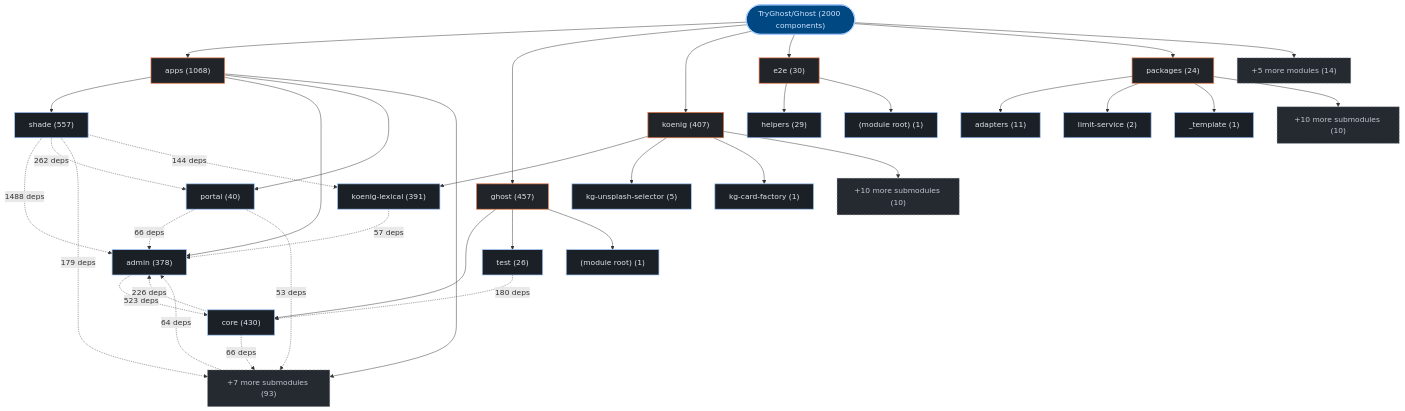
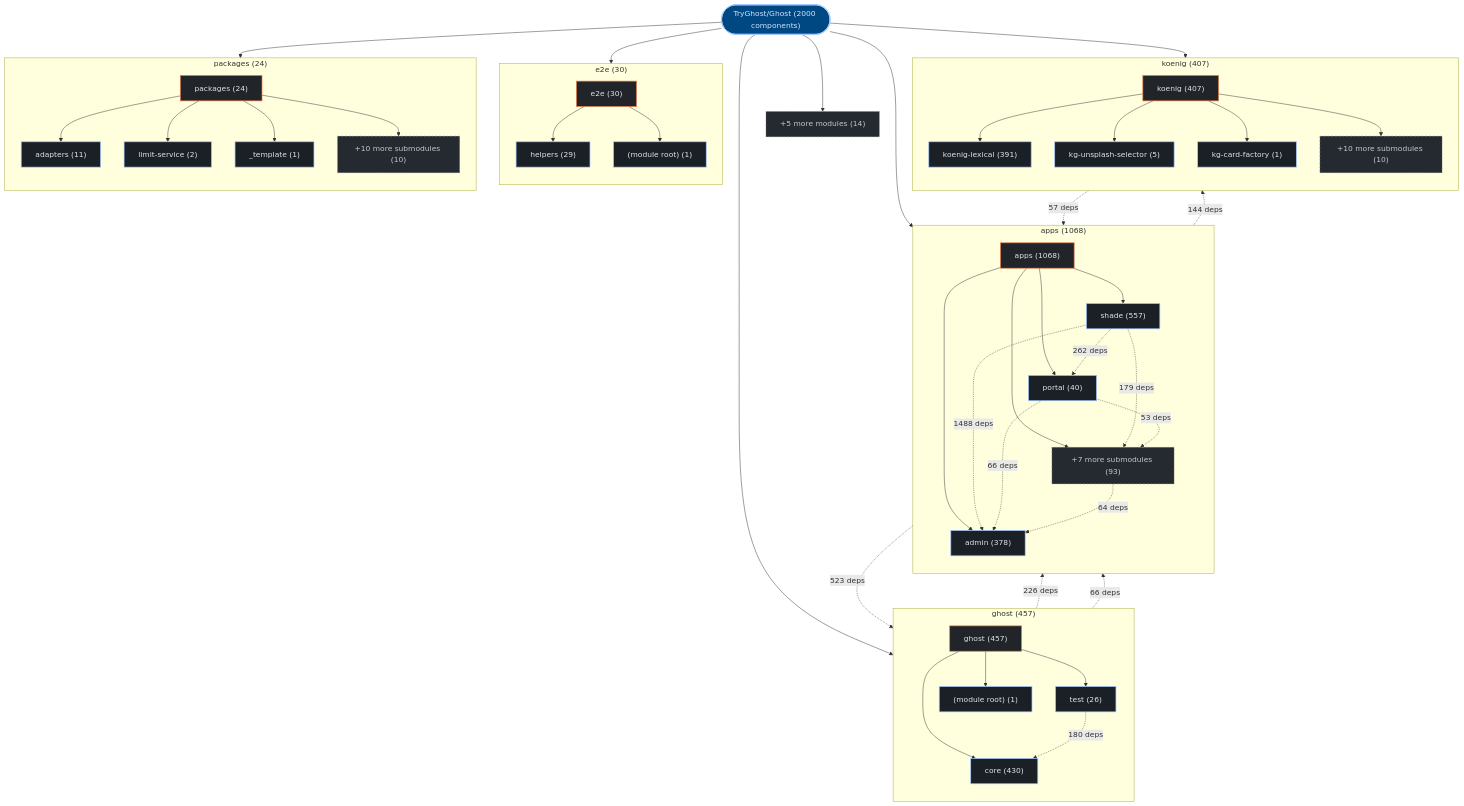
One commit to kumarshaz/atruss-code-atlas changed the first of 3 diagrams in exports/latest/reports/TryGhost-Ghost-report.md. Above: the diagram before and after it, drawn with Mermaid. The commit also changed 178 other files, not shown here.

Commit message:
feat(ui,mermaid): upgrade to mermaid v12 + ELK layout, add orgs-summary + pagination, subgraph building blocks, fix tab alignment

```diff
--- a/exports/latest/reports/TryGhost-Ghost-report.md
+++ b/exports/latest/reports/TryGhost-Ghost-report.md
@@ -49,50 +49,65 @@
   classDef atlasAlert fill:#93000a,stroke:#ffb4ab,stroke-width:1.5px,color:#ffdad6
   classDef atlasMore fill:#252a31,stroke:#8d9199,stroke-dasharray:4 4,color:#c3c6cf
     repo_root(["TryGhost/Ghost (2000 components)"]):::atlasRoot
-    dir_0_apps["apps (1068)"]:::atlasCategory
+    subgraph sg_dir_0_apps["apps (1068)"]
+      direction TB
+      dir_0_apps["apps (1068)"]:::atlasCategory
+      sub_0_0_shade["shade (557)"]:::atlasWorkflow
+      dir_0_apps --> sub_0_0_shade
+      sub_0_1_admin["admin (378)"]:::atlasWorkflow
+      dir_0_apps --> sub_0_1_admin
+      sub_0_2_portal["portal (40)"]:::atlasWorkflow
+      dir_0_apps --> sub_0_2_portal
+      sub_0_more["+7 more submodules (93)"]:::atlasMore
+      dir_0_apps --> sub_0_more
+    end
     repo_root --> dir_0_apps
-    sub_0_0_shade["shade (557)"]:::atlasWorkflow
-    dir_0_apps --> sub_0_0_shade
-    sub_0_1_admin["admin (378)"]:::atlasWorkflow
-    dir_0_apps --> sub_0_1_admin
-    sub_0_2_portal["portal (40)"]:::atlasWorkflow
-    dir_0_apps --> sub_0_2_portal
-    sub_0_more["+7 more submodules (93)"]:::atlasMore
-    dir_0_apps --> sub_0_more
-    dir_1_ghost["ghost (457)"]:::atlasCategory
+    subgraph sg_dir_1_ghost["ghost (457)"]
+      direction TB
+      dir_1_ghost["ghost (457)"]:::atlasCategory
+      sub_1_0_core["core (430)"]:::atlasWorkflow
+      dir_1_ghost --> sub_1_0_core
+      sub_1_1_test["test (26)"]:::atlasWorkflow
+      dir_1_ghost --> sub_1_1_test
+      sub_1_2__module_root_["(module root) (1)"]:::atlasWorkflow
+      dir_1_ghost --> sub_1_2__module_root_
+    end
     repo_root --> dir_1_ghost
-    sub_1_0_core["core (430)"]:::atlasWorkflow
-    dir_1_ghost --> sub_1_0_core
-    sub_1_1_test["test (26)"]:::atlasWorkflow
-    dir_1_ghost --> sub_1_1_test
-    sub_1_2__module_root_["(module root) (1)"]:::atlasWorkflow
-    dir_1_ghost --> sub_1_2__module_root_
-    dir_2_koenig["koenig (407)"]:::atlasCategory
+    subgraph sg_dir_2_koenig["koenig (407)"]
+      direction TB
+      dir_2_koenig["koenig (407)"]:::atlasCategory
+      sub_2_0_koenig_lexical["koenig-lexical (391)"]:::atlasWorkflow
+      dir_2_koenig --> sub_2_0_koenig_lexical
+      sub_2_1_kg_unsplash_selector["kg-unsplash-selector (5)"]:::atlasWorkflow
+      dir_2_koenig --> sub_2_1_kg_unsplash_selector
+      sub_2_2_kg_card_factory["kg-card-factory (1)"]:::atlasWorkflow
+      dir_2_koenig --> sub_2_2_kg_card_factory
+      sub_2_more["+10 more submodules (10)"]:::atlasMore
+      dir_2_koenig --> sub_2_more
+    end
     repo_root --> dir_2_koenig
-    sub_2_0_koenig_lexical["koenig-lexical (391)"]:::atlasWorkflow
-    dir_2_koenig --> sub_2_0_koenig_lexical
-    sub_2_1_kg_unsplash_selector["kg-unsplash-selector (5)"]:::atlasWorkflow
-    dir_2_koenig --> sub_2_1_kg_unsplash_selector
-    sub_2_2_kg_card_factory["kg-card-factory (1)"]:::atlasWorkflow
-    dir_2_koenig --> sub_2_2_kg_card_factory
-    sub_2_more["+10 more submodules (10)"]:::atlasMore
-    dir_2_koenig --> sub_2_more
-    dir_3_e2e["e2e (30)"]:::atlasCategory
+    subgraph sg_dir_3_e2e["e2e (30)"]
+      direction TB
+      dir_3_e2e["e2e (30)"]:::atlasCategory
+      sub_3_0_helpers["helpers (29)"]:::atlasWorkflow
+      dir_3_e2e --> sub_3_0_helpers
+      sub_3_1__module_root_["(module root) (1)"]:::atlasWorkflow
+      dir_3_e2e --> sub_3_1__module_root_
+    end
     repo_root --> dir_3_e2e
-    sub_3_0_helpers["helpers (29)"]:::atlasWorkflow
-    dir_3_e2e --> sub_3_0_helpers
-    sub_3_1__module_root_["(module root) (1)"]:::atlasWorkflow
-    dir_3_e2e --> sub_3_1__module_root_
-    dir_4_packages["packages (24)"]:::atlasCategory
+    subgraph sg_dir_4_packages["packages (24)"]
+      direction TB
+      dir_4_packages["packages (24)"]:::atlasCategory
+      sub_4_0_adapters["adapters (11)"]:::atlasWorkflow
+      dir_4_packages --> sub_4_0_adapters
+      sub_4_1_limit_service["limit-service (2)"]:::atlasWorkflow
+      dir_4_packages --> sub_4_1_limit_service
+      sub_4_2__template["_template (1)"]:::atlasWorkflow
+      dir_4_packages --> sub_4_2__template
+      sub_4_more["+10 more submodules (10)"]:::atlasMore
+      dir_4_packages --> sub_4_more
+    end
     repo_root --> dir_4_packages
-    sub_4_0_adapters["adapters (11)"]:::atlasWorkflow
-    dir_4_packages --> sub_4_0_adapters
-    sub_4_1_limit_service["limit-service (2)"]:::atlasWorkflow
-    dir_4_packages --> sub_4_1_limit_service
-    sub_4_2__template["_template (1)"]:::atlasWorkflow
-    dir_4_packages --> sub_4_2__template
-    sub_4_more["+10 more submodules (10)"]:::atlasMore
-    dir_4_packages --> sub_4_more
     dir_other_modules["+5 more modules (14)"]:::atlasMore
     repo_root --> dir_other_modules
     sub_0_0_shade -.->|"1488 deps"| sub_0_1_admin
```
